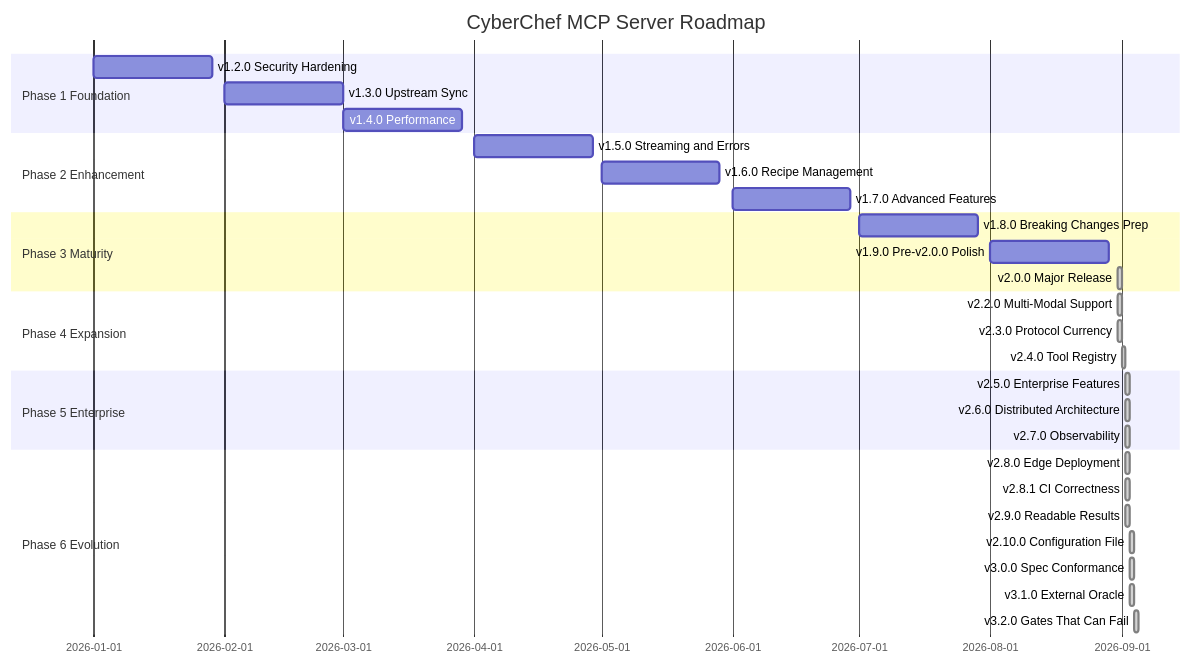
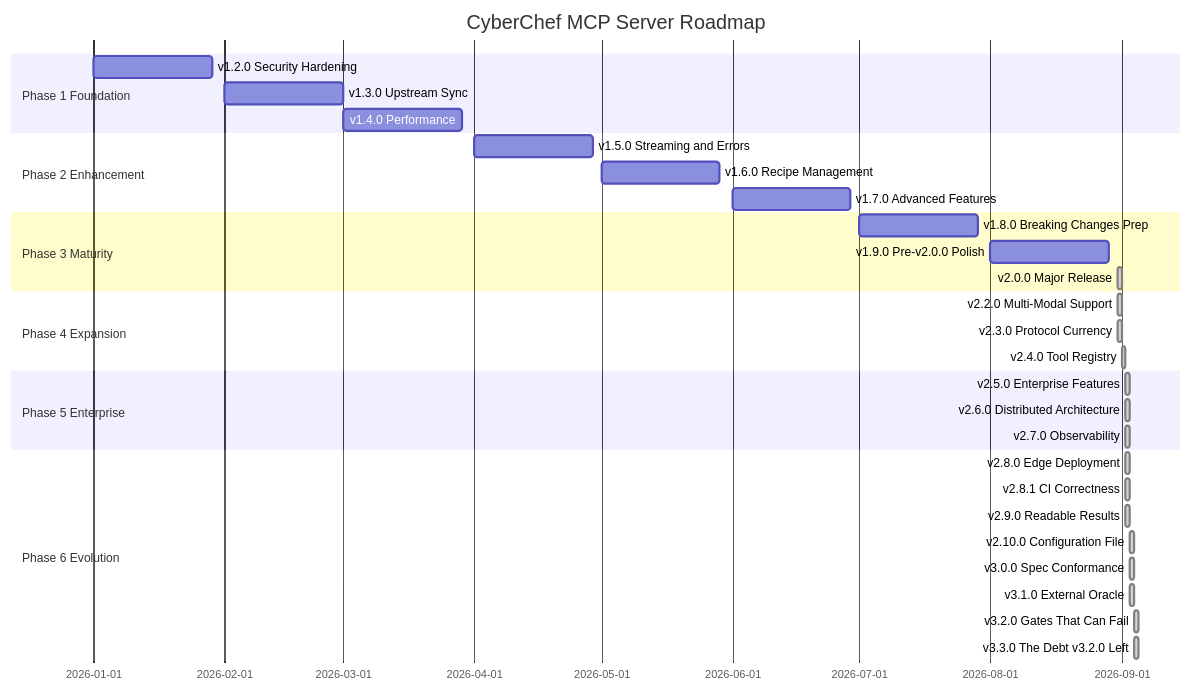
One commit to doublegate/CyberChef-MCP changed the diagram in docs/planning/ROADMAP.md. Above: the diagram before and after it, drawn with Mermaid. The commit also changed other lines of this file and 75 other files, not shown here.

````diff
--- a/docs/planning/ROADMAP.md
+++ b/docs/planning/ROADMAP.md
@@ -67,33 +67,34 @@
 ```mermaid
 gantt
     title CyberChef MCP Server Roadmap
     dateFormat YYYY-MM-DD
     section Phase 1 Foundation
     v1.2.0 Security Hardening           :2026-01-01, 4w
     v1.3.0 Upstream Sync                :2026-02-01, 4w
     v1.4.0 Performance                  :2026-03-01, 4w
     section Phase 2 Enhancement
     v1.5.0 Streaming and Errors         :2026-04-01, 4w
     v1.6.0 Recipe Management            :2026-05-01, 4w
     v1.7.0 Advanced Features            :2026-06-01, 4w
     section Phase 3 Maturity
     v1.8.0 Breaking Changes Prep        :2026-07-01, 4w
     v1.9.0 Pre-v2.0.0 Polish            :2026-08-01, 4w
     v2.0.0 Major Release                :done, 2026-08-31, 1d
     section Phase 4 Expansion
     v2.2.0 Multi-Modal Support          :done, 2026-08-31, 1d
     v2.3.0 Protocol Currency            :done, 2026-08-31, 1d
     v2.4.0 Tool Registry                :done, 2026-09-01, 1d
     section Phase 5 Enterprise
     v2.5.0 Enterprise Features          :done, 2026-09-02, 1d
     v2.6.0 Distributed Architecture     :done, 2026-09-02, 1d
     v2.7.0 Observability                :done, 2026-09-02, 1d
     section Phase 6 Evolution
     v2.8.0 Edge Deployment              :done, 2026-09-02, 1d
     v2.8.1 CI Correctness               :done, 2026-09-02, 1d
     v2.9.0 Readable Results             :done, 2026-09-02, 1d
     v2.10.0 Configuration File          :done, 2026-09-03, 1d
     v3.0.0 Spec Conformance             :done, 2026-09-03, 1d
     v3.1.0 External Oracle              :done, 2026-09-03, 1d
     v3.2.0 Gates That Can Fail          :done, 2026-09-04, 1d
+    v3.3.0 The Debt v3.2.0 Left         :done, 2026-09-04, 1d
 ```
````
